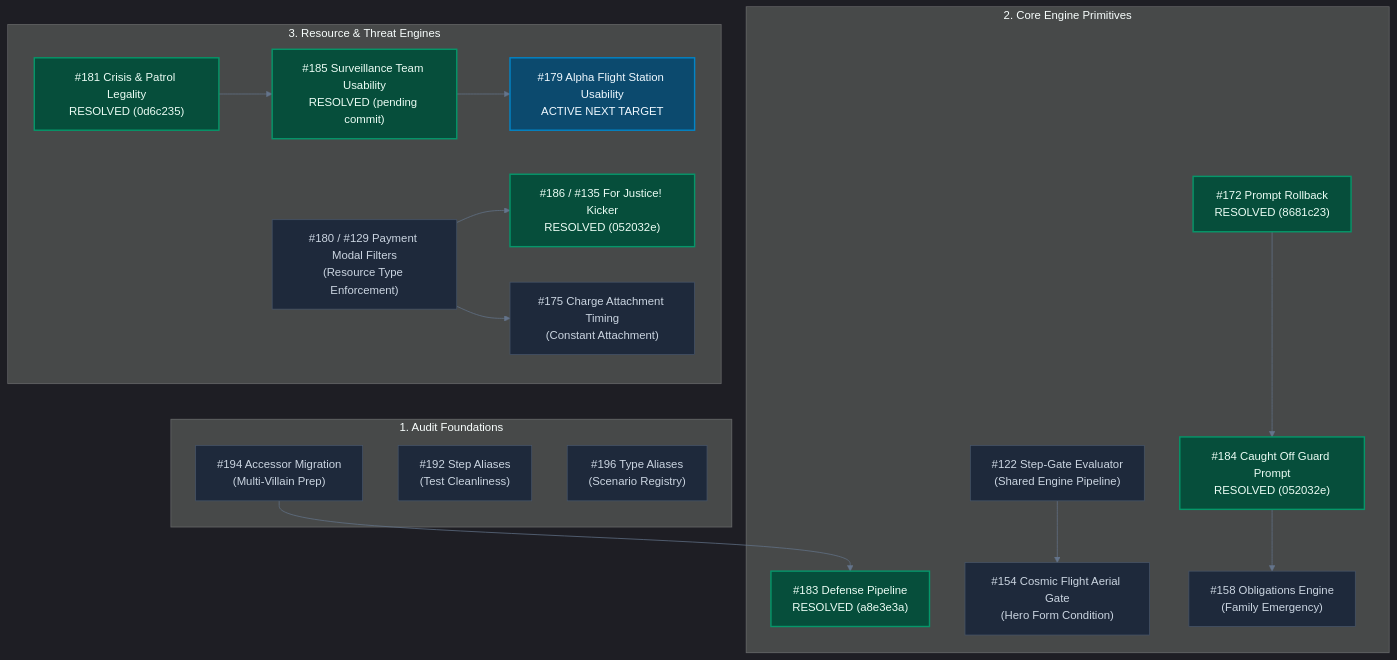
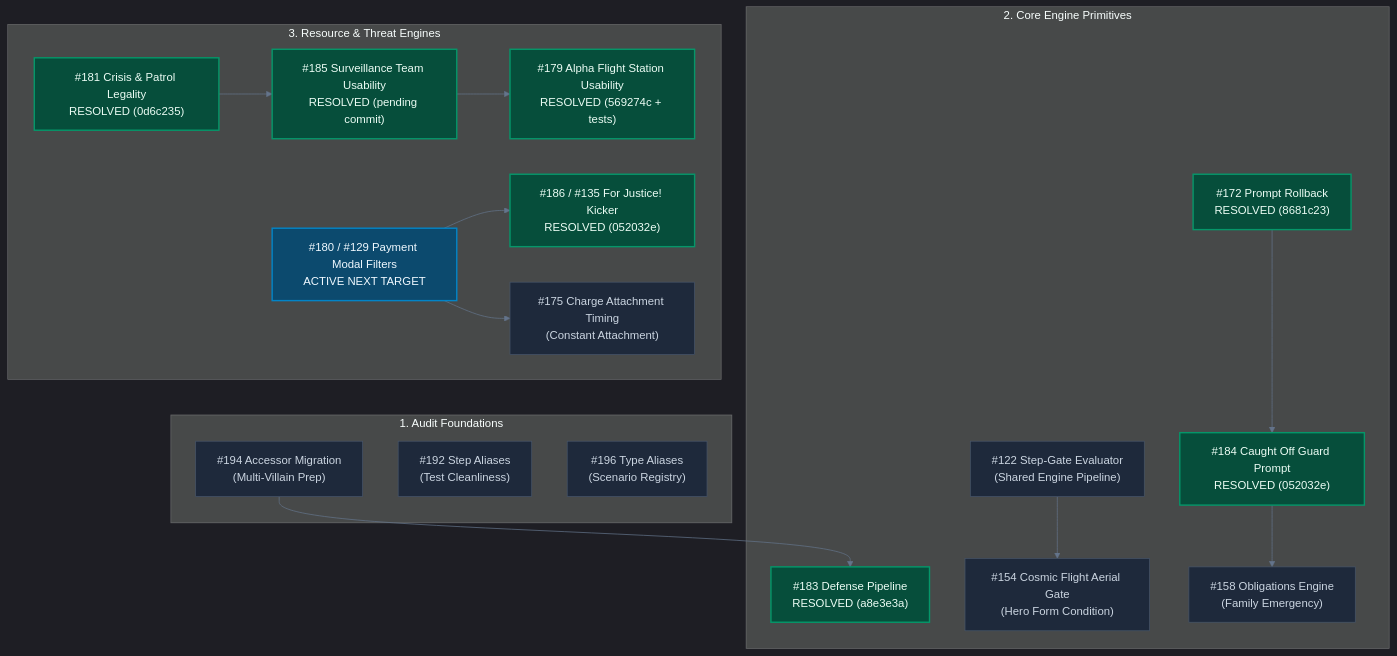
The diagram in docs/backlog/teamwork_status_and_next_target.md (SteveRodrigue/MCD), drawn with Mermaid before and after one commit. The commit also changed other lines of this file and 2 other files, not shown here.

First line of the commit message:
test(ui): Add Alpha Flight Station empty-hand graying tests (Refs #179)

````diff
--- a/docs/backlog/teamwork_status_and_next_target.md
+++ b/docs/backlog/teamwork_status_and_next_target.md
@@ -23,46 +23,46 @@
 ```mermaid
 %%{init: {'theme': 'dark', 'themeVariables': { 'darkMode': true, 'background': '#0b0f19', 'primaryColor': '#1e293b', 'primaryTextColor': '#f8fafc', 'primaryBorderColor': '#475569', 'lineColor': '#64748b', 'secondaryColor': '#0f172a', 'tertiaryColor': '#1e293b' }}}%%
 flowchart TD
     subgraph AuditFoundations["1. Audit Foundations"]
         I194["#194 Accessor Migration<br/>(Multi-Villain Prep)"]
         I192["#192 Step Aliases<br/>(Test Cleanliness)"]
         I196["#196 Type Aliases<br/>(Scenario Registry)"]
     end
 
     subgraph CoreEngine["2. Core Engine Primitives"]
         I183["#183 Defense Pipeline<br/>RESOLVED (a8e3e3a)"]
         I172["#172 Prompt Rollback<br/>RESOLVED (8681c23)"]
         I184["#184 Caught Off Guard Prompt<br/>RESOLVED (052032e)"]
         I122["#122 Step-Gate Evaluator<br/>(Shared Engine Pipeline)"]
         I154["#154 Cosmic Flight Aerial Gate<br/>(Hero Form Condition)"]
         I158["#158 Obligations Engine<br/>(Family Emergency)"]
     end
 
     subgraph ResourceThreat["3. Resource & Threat Engines"]
         I181["#181 Crisis & Patrol Legality<br/>RESOLVED (0d6c235)"]
         I186["#186 / #135 For Justice! Kicker<br/>RESOLVED (052032e)"]
-        I180["#180 / #129 Payment Modal Filters<br/>(Resource Type Enforcement)"]
+        I180["#180 / #129 Payment Modal Filters<br/>ACTIVE NEXT TARGET"]
         I185["#185 Surveillance Team Usability<br/>RESOLVED (pending commit)"]
-        I179["#179 Alpha Flight Station Usability<br/>ACTIVE NEXT TARGET"]
+        I179["#179 Alpha Flight Station Usability<br/>RESOLVED (569274c + tests)"]
         I175["#175 Charge Attachment Timing<br/>(Constant Attachment)"]
     end
 
     %% Dependencies & Flows
     I194 --> I183
     I172 --> I184
     I184 --> I158
     I122 --> I154
     I181 --> I185
     I185 --> I179
     I180 --> I186
     I180 --> I175
 
     %% Dark Mode Styles
     classDef resolved fill:#064e3b,stroke:#059669,stroke-width:2px,color:#ecfdf5;
     classDef active fill:#0c4a6e,stroke:#0284c7,stroke-width:2px,color:#f0f9ff;
     classDef open fill:#1e293b,stroke:#475569,stroke-width:1px,color:#cbd5e1;
 
-    class I183,I172,I184,I181,I186,I185 resolved;
-    class I179 active;
-    class I194,I192,I196,I122,I154,I158,I180,I175 open;
+    class I183,I172,I184,I181,I186,I185,I179 resolved;
+    class I180 active;
+    class I194,I192,I196,I122,I154,I158,I175 open;
 ```
````
